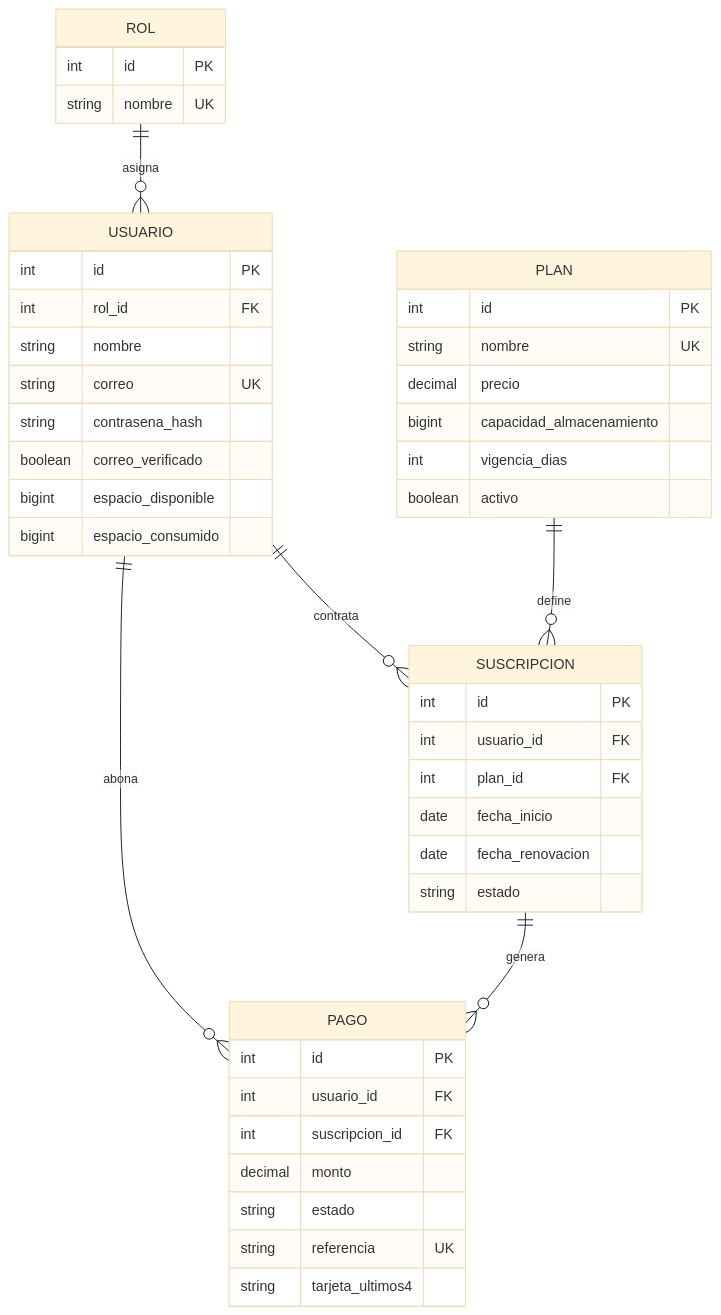
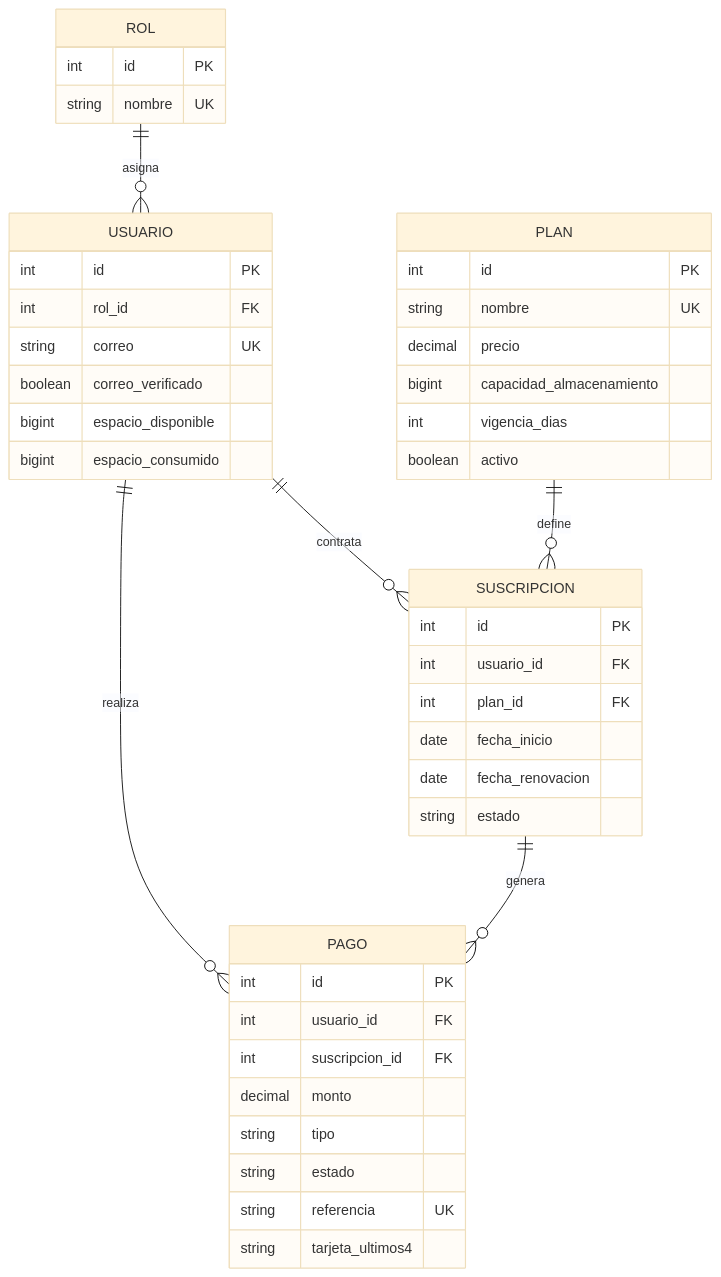
Diagram 14 of 15 in docs/DOCUMENTACION_PROYECTO.md (JFernn4/Servicio-de-Almacenamiento), drawn with Mermaid (base theme) before and after one commit. The commit also changed other lines of this file and 8 other files, not shown here.

````diff
--- a/docs/DOCUMENTACION_PROYECTO.md
+++ b/docs/DOCUMENTACION_PROYECTO.md
@@ -425,48 +560,47 @@
 ```mermaid
 erDiagram
     ROL ||--o{ USUARIO : asigna
     PLAN ||--o{ SUSCRIPCION : define
     USUARIO ||--o{ SUSCRIPCION : contrata
-    USUARIO ||--o{ PAGO : abona
+    USUARIO ||--o{ PAGO : realiza
     SUSCRIPCION ||--o{ PAGO : genera
 
     ROL {
         int id PK
         string nombre UK
     }
     USUARIO {
         int id PK
         int rol_id FK
-        string nombre
         string correo UK
-        string contrasena_hash
         boolean correo_verificado
         bigint espacio_disponible
         bigint espacio_consumido
     }
     PLAN {
         int id PK
         string nombre UK
         decimal precio
         bigint capacidad_almacenamiento
         int vigencia_dias
         boolean activo
     }
     SUSCRIPCION {
         int id PK
         int usuario_id FK
         int plan_id FK
         date fecha_inicio
         date fecha_renovacion
         string estado
     }
     PAGO {
         int id PK
         int usuario_id FK
         int suscripcion_id FK
         decimal monto
+        string tipo
         string estado
         string referencia UK
         string tarjeta_ultimos4
     }
 ```
````
